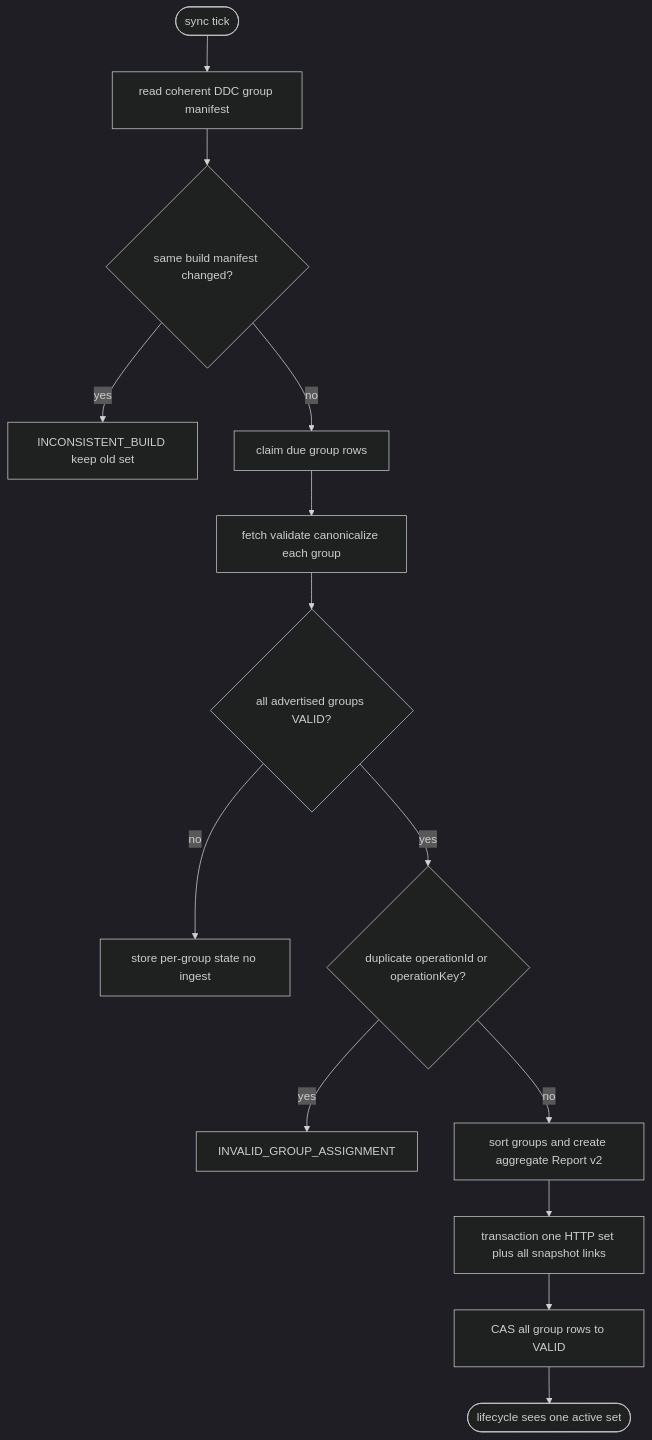
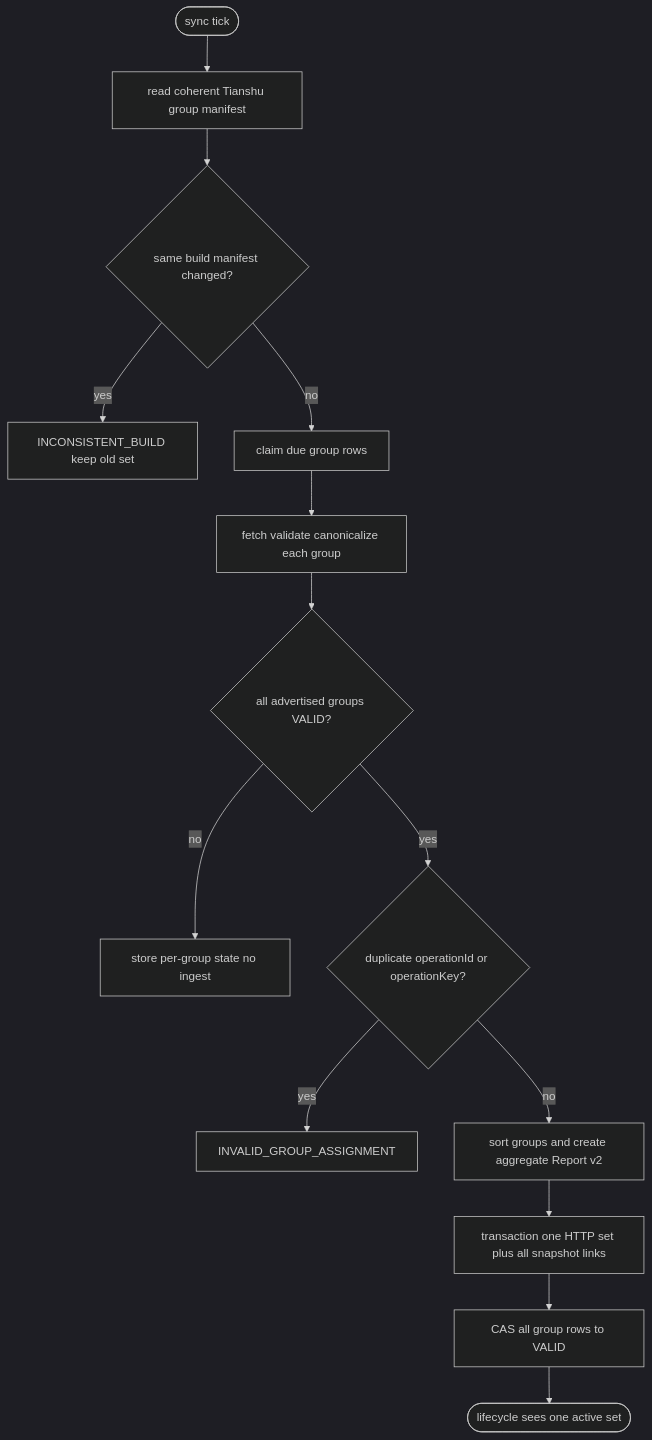
The third of 5 diagrams in docs/egon/spec/2026-08-25-19-43-gateway-openapi-group-aggregation-amendment.md (AllenDEricDAlexander/Egon-COLA), drawn with Mermaid (dark theme) before and after one commit. The commit also changed other lines of this file and 233 other files, not shown here.

````diff
--- a/docs/egon/spec/2026-08-25-19-43-gateway-openapi-group-aggregation-amendment.md
+++ b/docs/egon/spec/2026-08-25-19-43-gateway-openapi-group-aggregation-amendment.md
@@ -311,16 +311,16 @@
 ```mermaid
 flowchart TD
-    Tick([sync tick]) --> Manifest[read coherent DDC group manifest]
+    Tick([sync tick]) --> Manifest[read coherent Tianshu group manifest]
     Manifest --> Changed{same build manifest changed?}
     Changed -->|yes| Drift[INCONSISTENT_BUILD keep old set]
     Changed -->|no| Groups[claim due group rows]
     Groups --> Fetch[fetch validate canonicalize each group]
     Fetch --> Ready{all advertised groups VALID?}
     Ready -->|no| Wait[store per-group state no ingest]
     Ready -->|yes| Duplicate{duplicate operationId or operationKey?}
     Duplicate -->|yes| Invalid[INVALID_GROUP_ASSIGNMENT]
     Duplicate -->|no| Aggregate[sort groups and create aggregate Report v2]
     Aggregate --> Ingest[transaction one HTTP set plus all snapshot links]
     Ingest --> Cas[CAS all group rows to VALID]
     Cas --> Done([lifecycle sees one active set])
 ```
````
